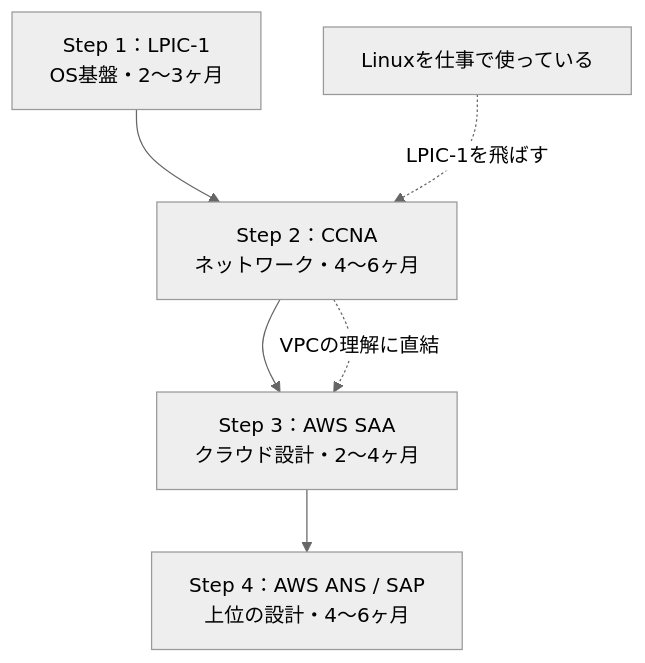
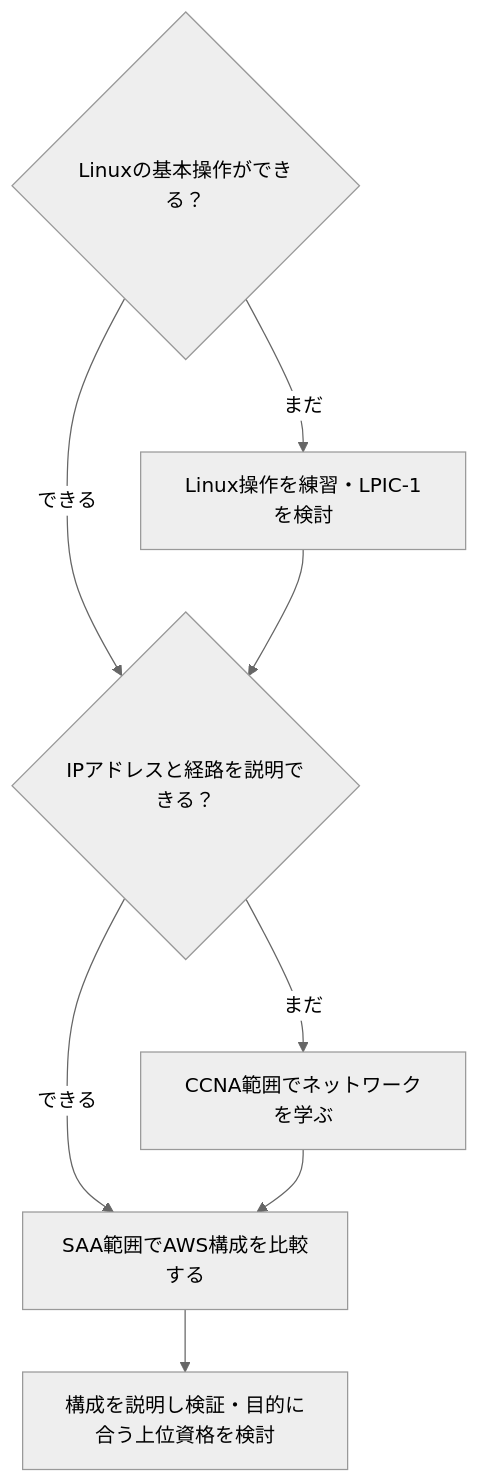
The diagram in src/data/post/method/aws-hub/index.md (sasisi344/syllabus-hack), drawn with Mermaid (neutral theme) before and after one commit. The commit also changed other lines of this file and 30 other files, not shown here.

````diff
--- a/src/data/post/method/aws-hub/index.md
+++ b/src/data/post/method/aws-hub/index.md
@@ -69,8 +64,10 @@
-```mermaid caption="インフラ資格の推奨ロードマップ（OS→ネットワーク→クラウド）"
+```mermaid caption="現在の知識から選ぶインフラ資格の学習ルート"
 flowchart TB
-  A["Step 1：LPIC-1<br/>OS基盤・2〜3ヶ月"] --> B["Step 2：CCNA<br/>ネットワーク・4〜6ヶ月"]
-  B --> C["Step 3：AWS SAA<br/>クラウド設計・2〜4ヶ月"]
-  C --> D["Step 4：AWS ANS / SAP<br/>上位の設計・4〜6ヶ月"]
-  L["Linuxを仕事で使っている"] -.->|LPIC-1を飛ばす| B
-  B -.->|VPCの理解に直結| C
+  A{"Linuxの基本操作ができる？"} -->|まだ| B["Linux操作を練習・LPIC-1を検討"]
+  A -->|できる| C{"IPアドレスと経路を説明できる？"}
+  B --> C
+  C -->|まだ| D["CCNA範囲でネットワークを学ぶ"]
+  C -->|できる| E["SAA範囲でAWS構成を比較する"]
+  D --> E
+  E --> F["構成を説明し検証・目的に合う上位資格を検討"]
 ```
````
